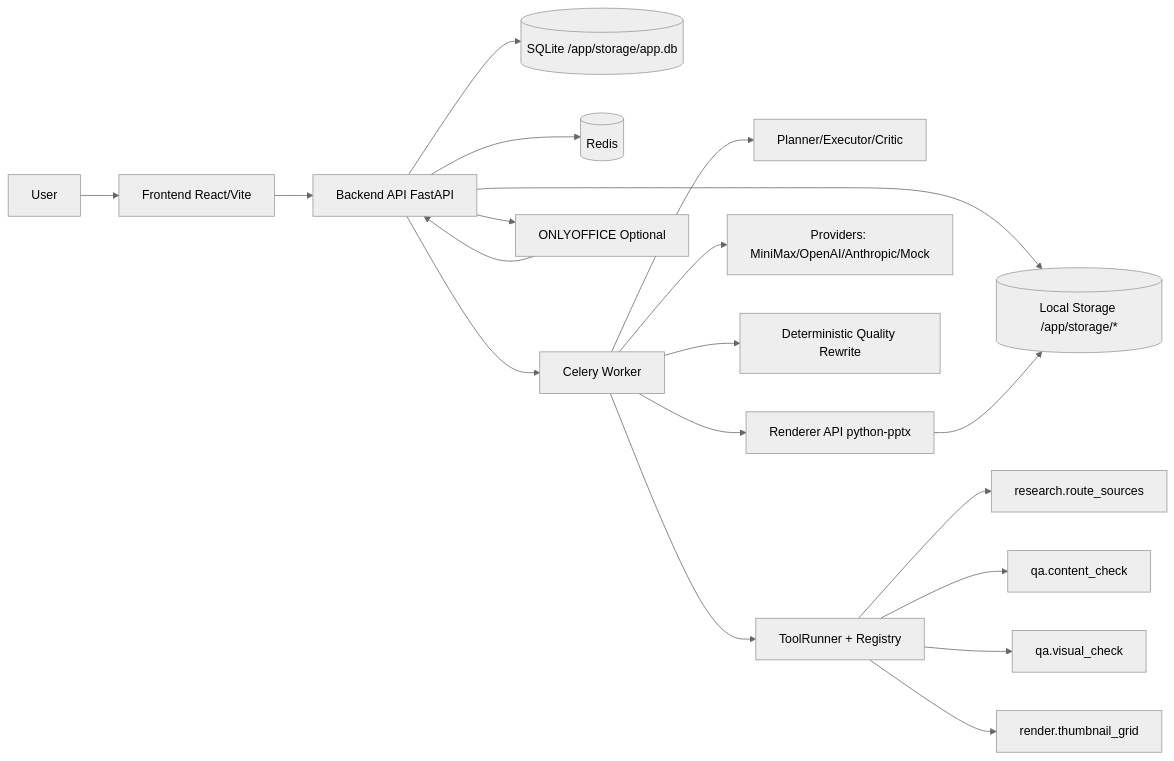
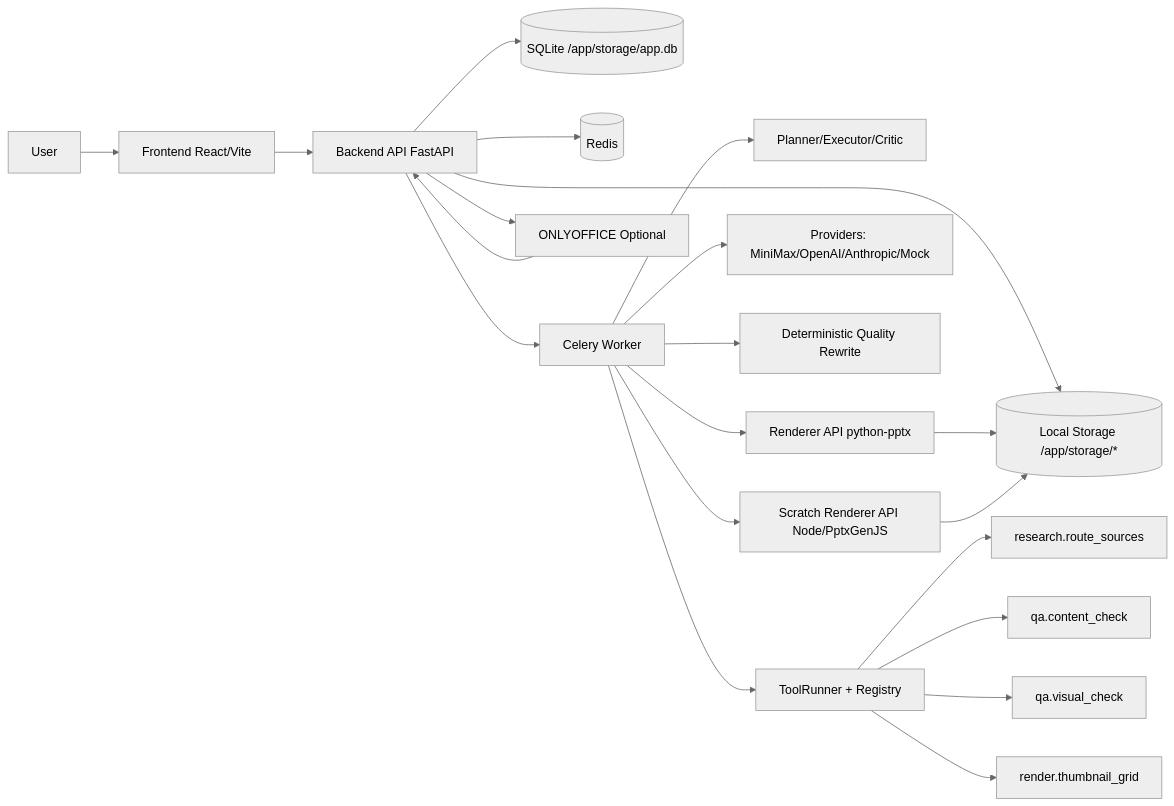
The first of 3 diagrams in docs/ARCHITECTURE.md (faiqhilman13/ppt-ting), drawn with Mermaid (neutral theme) before and after one commit. The commit also changed other lines of this file and 4 other files, not shown here.

````diff
--- a/docs/ARCHITECTURE.md
+++ b/docs/ARCHITECTURE.md
@@ -24,25 +24,27 @@
 ```mermaid
 flowchart LR
     U[User] --> F[Frontend React/Vite]
     F --> B[Backend API FastAPI]
 
     B --> DB[(SQLite /app/storage/app.db)]
     B --> FS[(Local Storage /app/storage/*)]
     B --> RQ[(Redis)]
     B --> W[Celery Worker]
 
     W --> P[Planner/Executor/Critic]
     W --> TR[ToolRunner + Registry]
     TR --> T1[research.route_sources]
     TR --> T2[qa.content_check]
     TR --> T3[qa.visual_check]
     TR --> T4[render.thumbnail_grid]
 
     W --> LLM[Providers: MiniMax/OpenAI/Anthropic/Mock]
     W --> QL[Deterministic Quality Rewrite]
+    W --> SR[Scratch Renderer API Node/PptxGenJS]
     W --> REN[Renderer API python-pptx]
     REN --> FS
+    SR --> FS
 
     B --> OO[ONLYOFFICE Optional]
     OO --> B
 ```
````
